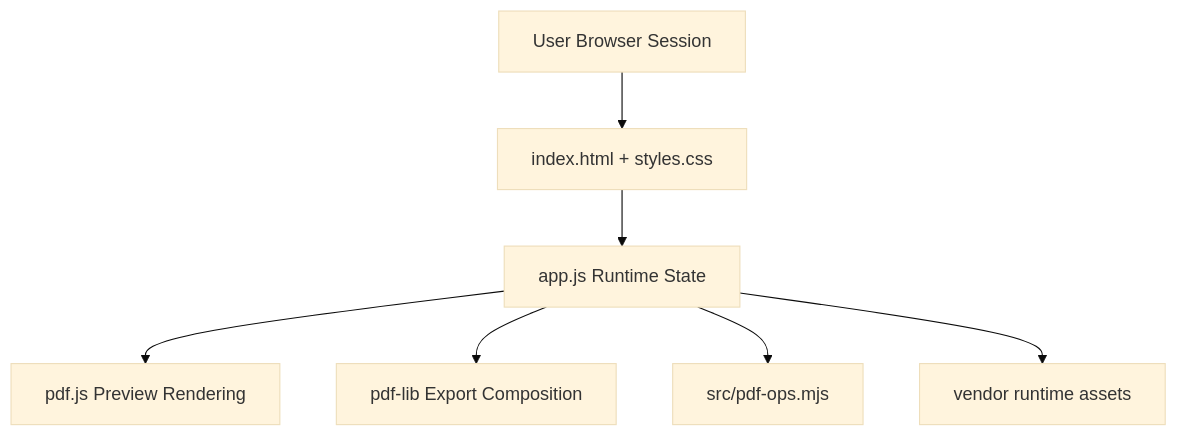
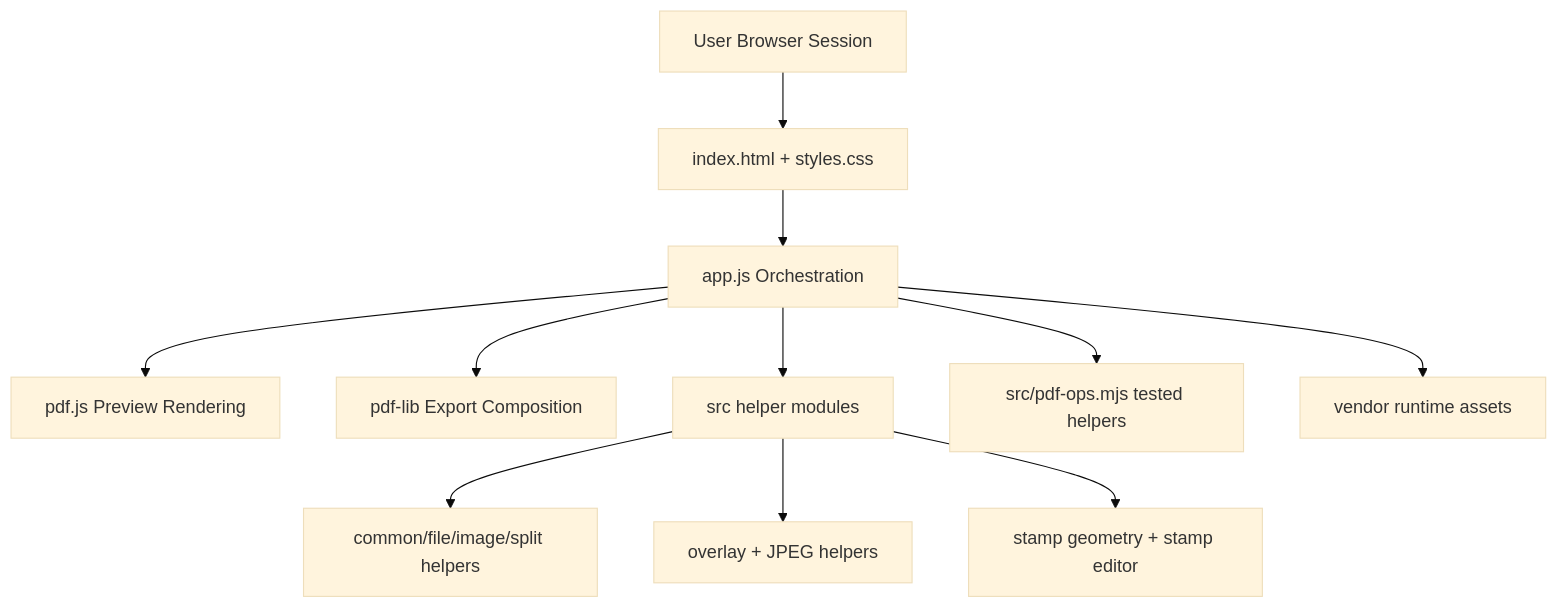
Before and after one commit to Ustselemov/local-pdf-toolkit: the diagram in docs/diagrams/architecture.md, drawn with Mermaid (base theme). The commit also changed 6 other files, not shown here.

Commit message:
docs: sync architecture and roadmap with current app

````diff
--- a/docs/diagrams/architecture.md
+++ b/docs/diagrams/architecture.md
@@ -3,9 +3,13 @@
 ```mermaid
 flowchart TD
-    User[User Browser Session] --> UI[index.html + styles.css]
-    UI --> Runtime[app.js Runtime State]
-    Runtime --> Preview[pdf.js Preview Rendering]
-    Runtime --> Export[pdf-lib Export Composition]
-    Runtime --> Helpers[src/pdf-ops.mjs]
-    Runtime --> Vendor[vendor runtime assets]
+    User["User Browser Session"] --> UI["index.html + styles.css"]
+    UI --> Runtime["app.js Orchestration"]
+    Runtime --> Preview["pdf.js Preview Rendering"]
+    Runtime --> Export["pdf-lib Export Composition"]
+    Runtime --> Helpers["src helper modules"]
+    Helpers --> Common["common/file/image/split helpers"]
+    Helpers --> Overlay["overlay + JPEG helpers"]
+    Helpers --> Stamp["stamp geometry + stamp editor"]
+    Runtime --> Tested["src/pdf-ops.mjs tested helpers"]
+    Runtime --> Vendor["vendor runtime assets"]
 ```
````
